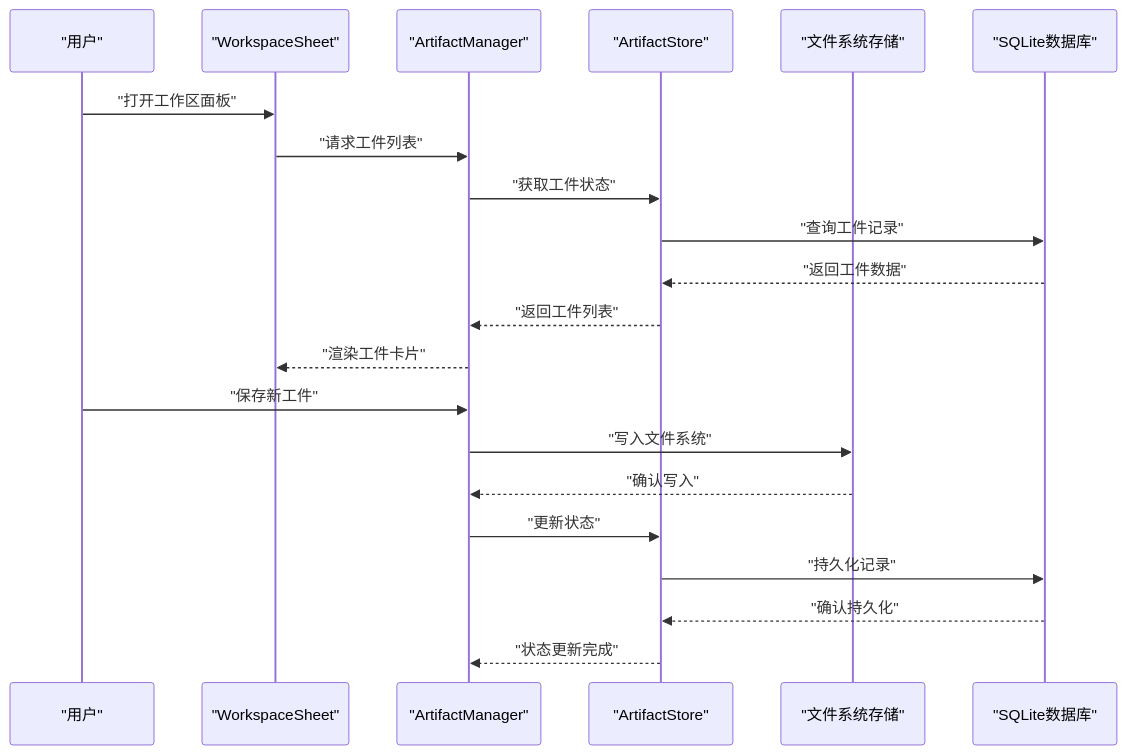
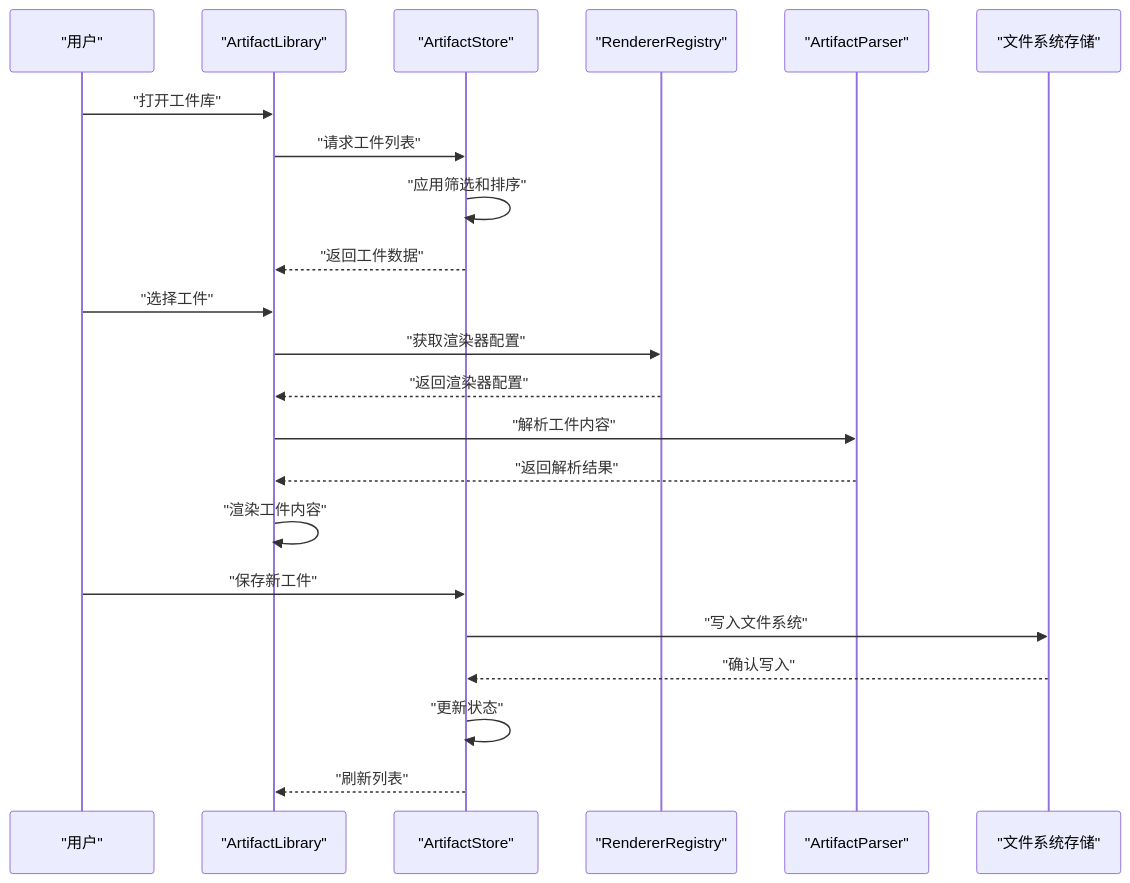
One commit to NarcisWL/Nexara changed the second of 12 diagrams in .qoder/repowiki/zh/content/状态管理/工件状态管理.md. Above: the diagram before and after it, drawn with Mermaid. The commit also changed other lines of this file and 4 other files, not shown here.

````diff
--- a/.qoder/repowiki/zh/content/状态管理/工件状态管理.md
+++ b/.qoder/repowiki/zh/content/状态管理/工件状态管理.md
@@ -117,23 +140,24 @@
 ```mermaid
 sequenceDiagram
 participant User as "用户"
-participant WS as "WorkspaceSheet"
-participant AM as "ArtifactManager"
+participant AL as "ArtifactLibrary"
 participant AS as "ArtifactStore"
+participant RR as "RendererRegistry"
+participant AP as "ArtifactParser"
 participant FS as "文件系统存储"
-participant DB as "SQLite数据库"
-User->>WS : "打开工作区面板"
-WS->>AM : "请求工件列表"
-AM->>AS : "获取工件状态"
-AS->>DB : "查询工件记录"
-DB-->>AS : "返回工件数据"
-AS-->>AM : "返回工件列表"
-AM-->>WS : "渲染工件卡片"
-User->>AM : "保存新工件"
-AM->>FS : "写入文件系统"
-FS-->>AM : "确认写入"
-AM->>AS : "更新状态"
-AS->>DB : "持久化记录"
-DB-->>AS : "确认持久化"
-AS-->>AM : "状态更新完成"
+User->>AL : "打开工件库"
+AL->>AS : "请求工件列表"
+AS->>AS : "应用筛选和排序"
+AS-->>AL : "返回工件数据"
+User->>AL : "选择工件"
+AL->>RR : "获取渲染器配置"
+RR-->>AL : "返回渲染器配置"
+AL->>AP : "解析工件内容"
+AP-->>AL : "返回解析结果"
+AL->>AL : "渲染工件内容"
+User->>AS : "保存新工件"
+AS->>FS : "写入文件系统"
+FS-->>AS : "确认写入"
+AS->>AS : "更新状态"
+AS-->>AL : "刷新列表"
 ```
````
